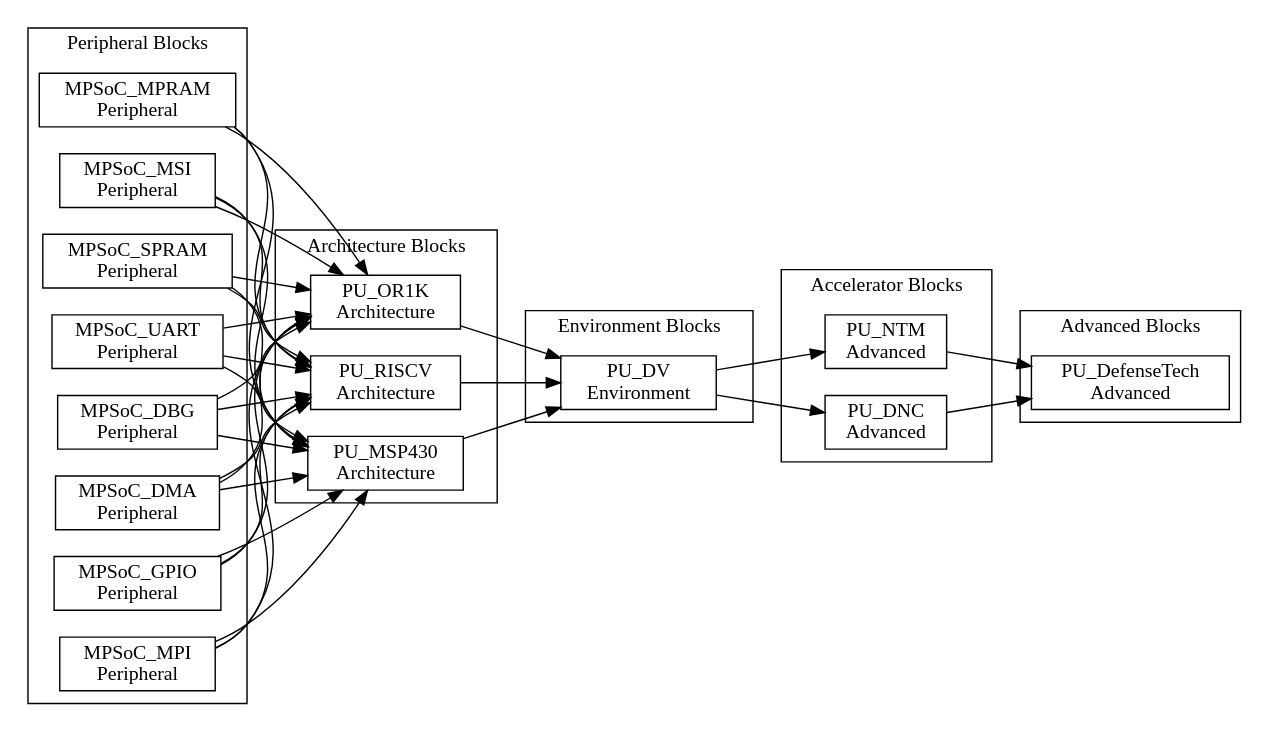
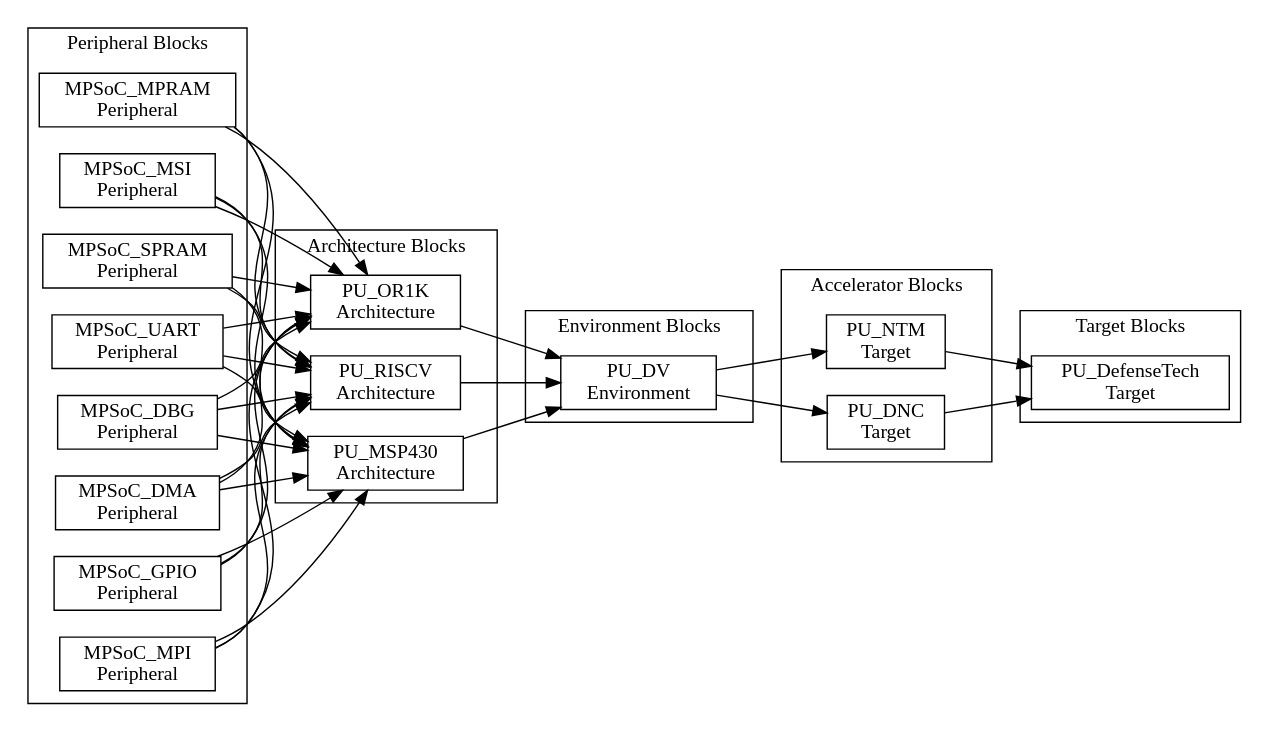
Before and after one commit to PacoReinaCampo/SoC-RTOS: the diagram in doc/traditional/assets/chapter5/dependences-pu-defensetech.dot, drawn with Graphviz. The commit also changed 244 other files, not shown here.

```diff
--- a/doc/traditional/assets/chapter5/dependences-pu-defensetech.dot
+++ b/doc/traditional/assets/chapter5/dependences-pu-defensetech.dot
@@ -1,80 +1,80 @@
 digraph Project {
   // Introduction
   graph [rankdir = LR];
   node[shape=record];
 
   // Peripheral Blocks
   subgraph "cluster PeripheralBlocks" { label = "Peripheral Blocks";
     MPSoC_DBG[label="MPSoC_DBG \nPeripheral"];
     MPSoC_DMA[label="MPSoC_DMA \nPeripheral"];
     MPSoC_GPIO[label="MPSoC_GPIO \nPeripheral"];
     MPSoC_MPI[label="MPSoC_MPI \nPeripheral"];
     MPSoC_MPRAM[label="MPSoC_MPRAM \nPeripheral"];
     MPSoC_MSI[label="MPSoC_MSI \nPeripheral"];
     MPSoC_SPRAM[label="MPSoC_SPRAM \nPeripheral"];
     MPSoC_UART[label="MPSoC_UART \nPeripheral"];
   }
 
   // Architecture Blocks
   subgraph "cluster ArchitectureBlocks" { label = "Architecture Blocks";
     PU_MSP430[label="PU_MSP430 \nArchitecture"];
     PU_OR1K[label="PU_OR1K \nArchitecture"];
     PU_RISCV[label="PU_RISCV \nArchitecture"];
   }
 
   // Environment Blocks
   subgraph "cluster EnvironmentBlocks" { label = "Environment Blocks";
     PU_DV[label="PU_DV \nEnvironment"];
   }
 
   // Accelerator Blocks
   subgraph "cluster AcceleratorBlocks" { label = "Accelerator Blocks";
-    PU_NTM[label="PU_NTM \nAdvanced"];
-    PU_DNC[label="PU_DNC \nAdvanced"];
+    PU_NTM[label="PU_NTM \nTarget"];
+    PU_DNC[label="PU_DNC \nTarget"];
   }
 
-  // Advanced Blocks
-  subgraph "cluster AdvancedBlocks" { label = "Advanced Blocks";
-    PU_DefenseTech[label="PU_DefenseTech \nAdvanced"];
+  // Target Blocks
+  subgraph "cluster TargetBlocks" { label = "Target Blocks";
+    PU_DefenseTech[label="PU_DefenseTech \nTarget"];
   }
 
   MPSoC_DBG -> PU_MSP430;
   MPSoC_DMA -> PU_MSP430;
   MPSoC_GPIO -> PU_MSP430;
   MPSoC_MPI -> PU_MSP430;
   MPSoC_MPRAM -> PU_MSP430;
   MPSoC_MSI -> PU_MSP430;
   MPSoC_SPRAM -> PU_MSP430;
   MPSoC_UART -> PU_MSP430;
 
   MPSoC_DBG -> PU_OR1K;
   MPSoC_DMA -> PU_OR1K;
   MPSoC_GPIO -> PU_OR1K;
   MPSoC_MPI -> PU_OR1K;
   MPSoC_MPRAM -> PU_OR1K;
   MPSoC_MSI -> PU_OR1K;
   MPSoC_SPRAM -> PU_OR1K;
   MPSoC_UART -> PU_OR1K;
 
   MPSoC_DBG -> PU_RISCV;
   MPSoC_DMA -> PU_RISCV;
   MPSoC_GPIO -> PU_RISCV;
   MPSoC_MPI -> PU_RISCV;
   MPSoC_MPRAM -> PU_RISCV;
   MPSoC_MSI -> PU_RISCV;
   MPSoC_SPRAM -> PU_RISCV;
   MPSoC_UART -> PU_RISCV;
 
   // Architecture -> Environment
   PU_MSP430 -> PU_DV;
   PU_OR1K -> PU_DV;
   PU_RISCV -> PU_DV;
 
   // Environment -> Accelerator
   PU_DV -> PU_NTM;
   PU_DV -> PU_DNC;
 
-  // Accelerator -> Advanced
+  // Accelerator -> Target
   PU_NTM -> PU_DefenseTech;
   PU_DNC -> PU_DefenseTech;
 }
```
